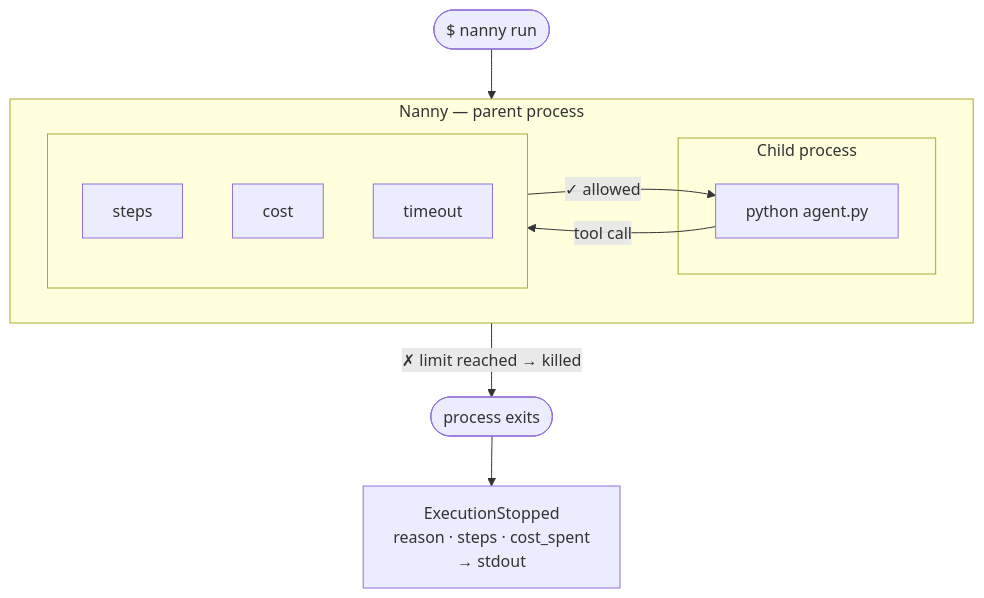
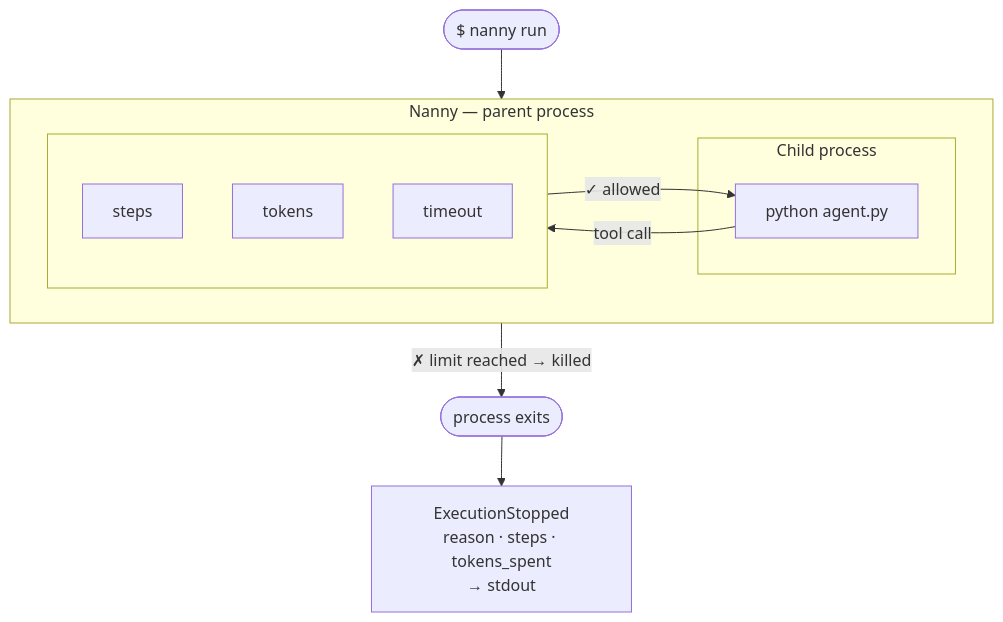
Before and after one commit to nanny-run/nanny: the first of 2 diagrams in docs/v0.2/concepts/how-it-works.mdx, drawn with Mermaid. The commit also changed other lines of this file and 17 other files, not shown here.

````diff
--- a/docs/v0.2/concepts/how-it-works.mdx
+++ b/docs/v0.2/concepts/how-it-works.mdx
@@ -11,27 +11,27 @@
 ```mermaid
 flowchart TD
     CMD(["$ nanny run"])
 
     CMD --> NANNY
 
     subgraph NANNY["Nanny — parent process"]
         direction LR
 
         subgraph CHILD["Child process"]
             AGENT["python agent.py"]
         end
 
         subgraph ENFORCE[" "]
             direction TB
             STEPS["steps"]
-            COST["cost"]
+            TOKENS["tokens"]
             TIMER["timeout"]
         end
 
         AGENT -- "tool call" --> ENFORCE
         ENFORCE -- "✓  allowed" --> AGENT
     end
 
     ENFORCE -- "✗  limit reached → killed" --> DEAD(["process exits"])
-    DEAD --> LOG["ExecutionStopped\nreason · steps · cost_spent\n→ stdout"]
+    DEAD --> LOG["ExecutionStopped\nreason · steps · tokens_spent\n→ stdout"]
 ```
````
